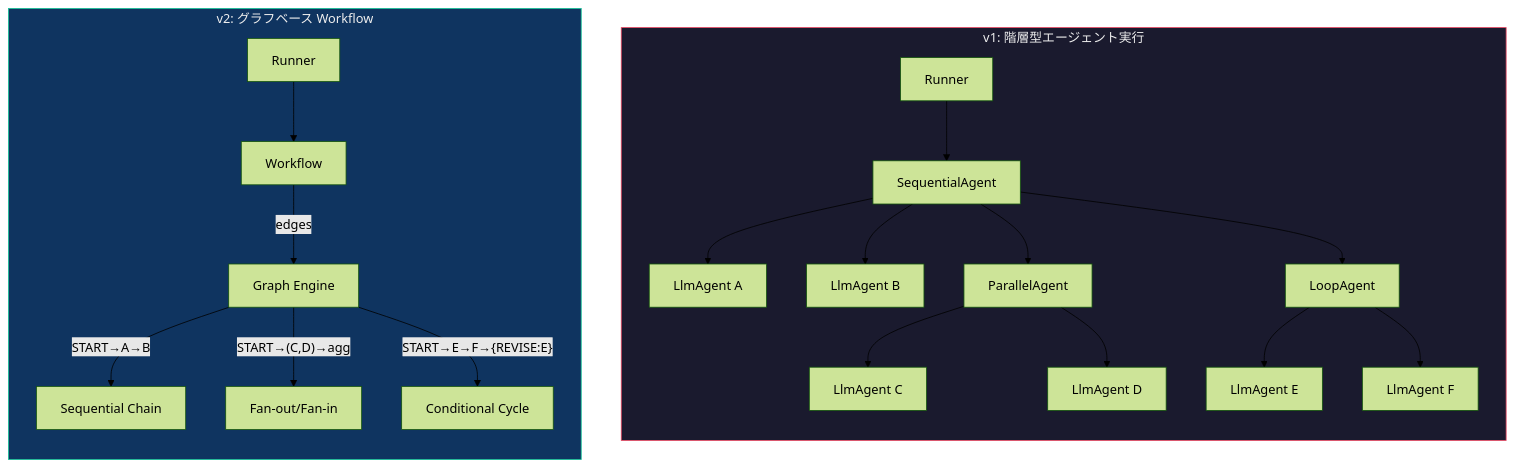
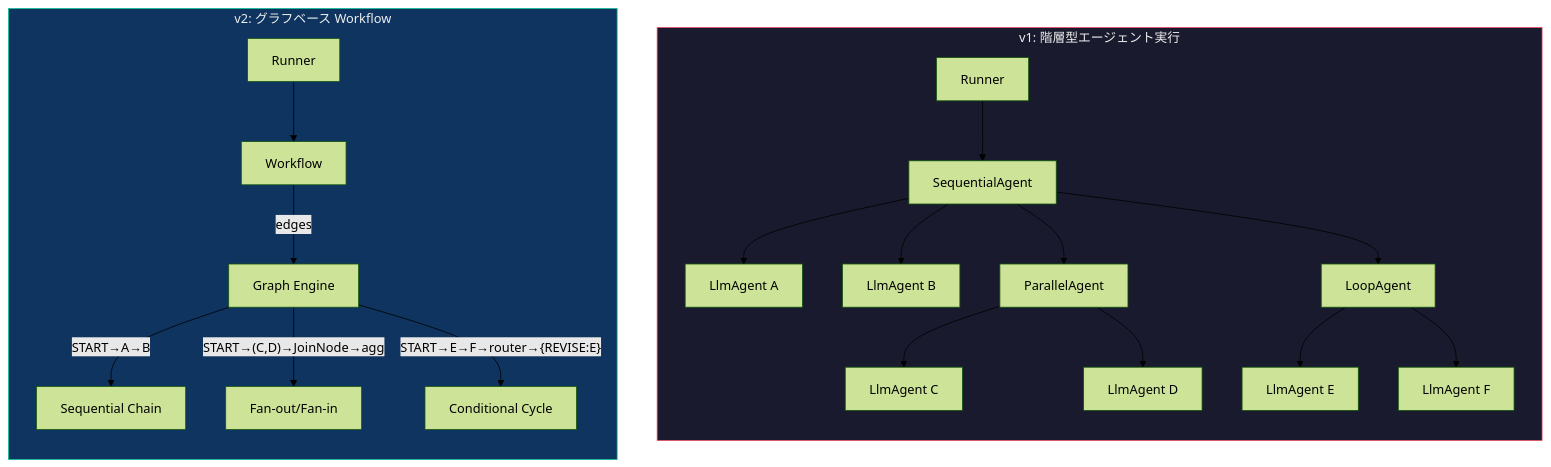
One commit to tyorikan/agent-design-patterns changed the first of 8 diagrams in docs/v1-to-v2-migration-guide.md. Above: the diagram before and after it, drawn with Mermaid (forest theme). The commit also changed other lines of this file and 15 other files, not shown here.

````diff
--- a/docs/v1-to-v2-migration-guide.md
+++ b/docs/v1-to-v2-migration-guide.md
@@ -44,27 +44,27 @@
 ```mermaid
 graph TB
     subgraph v1["v1: 階層型エージェント実行"]
         direction TB
         R1[Runner] --> SA[SequentialAgent]
         SA --> A1[LlmAgent A]
         SA --> A2[LlmAgent B]
         SA --> PA[ParallelAgent]
         PA --> A3[LlmAgent C]
         PA --> A4[LlmAgent D]
         SA --> LA[LoopAgent]
         LA --> A5[LlmAgent E]
         LA --> A6[LlmAgent F]
     end
 
     subgraph v2["v2: グラフベース Workflow"]
         direction TB
         R2[Runner] --> WF[Workflow]
         WF --> |edges| G[Graph Engine]
         G --> |"START→A→B"| N1["Sequential Chain"]
-        G --> |"START→(C,D)→agg"| N2["Fan-out/Fan-in"]
-        G --> |"START→E→F→{REVISE:E}"| N3["Conditional Cycle"]
+        G --> |"START→(C,D)→JoinNode→agg"| N2["Fan-out/Fan-in"]
+        G --> |"START→E→F→router→{REVISE:E}"| N3["Conditional Cycle"]
     end
 
     style v1 fill:#1a1a2e,stroke:#e94560,color:#eee
     style v2 fill:#0f3460,stroke:#16c79a,color:#eee
 ```
````
